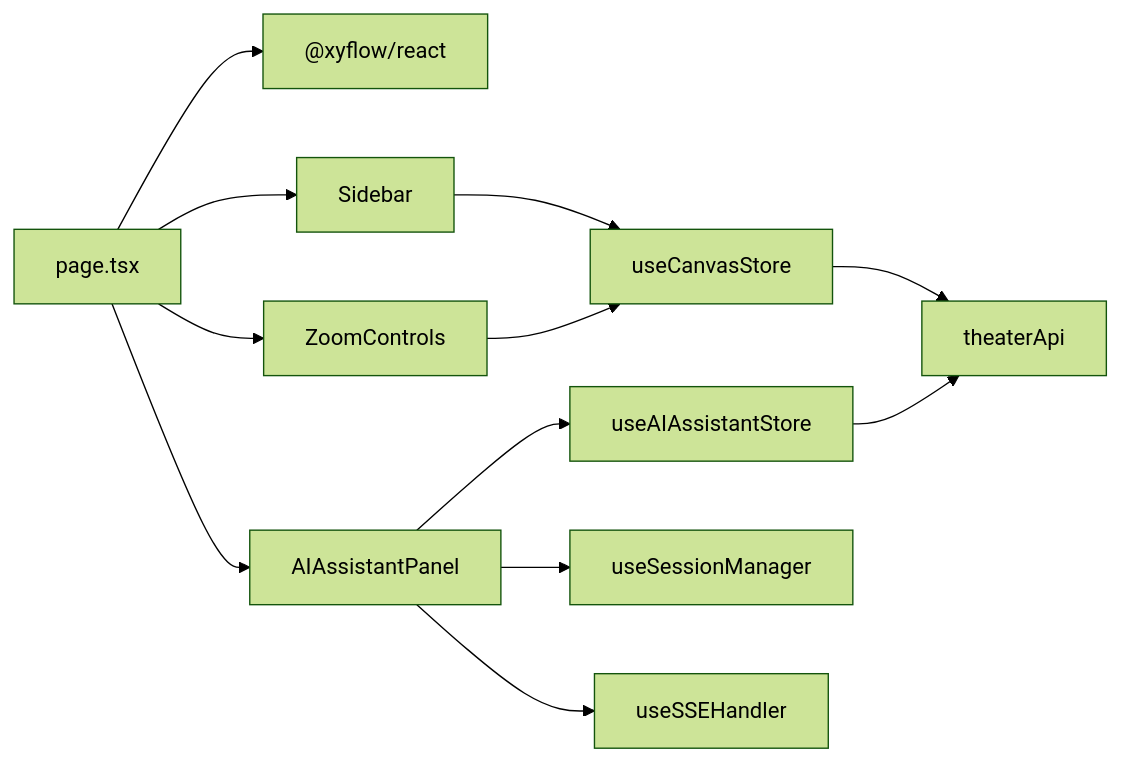
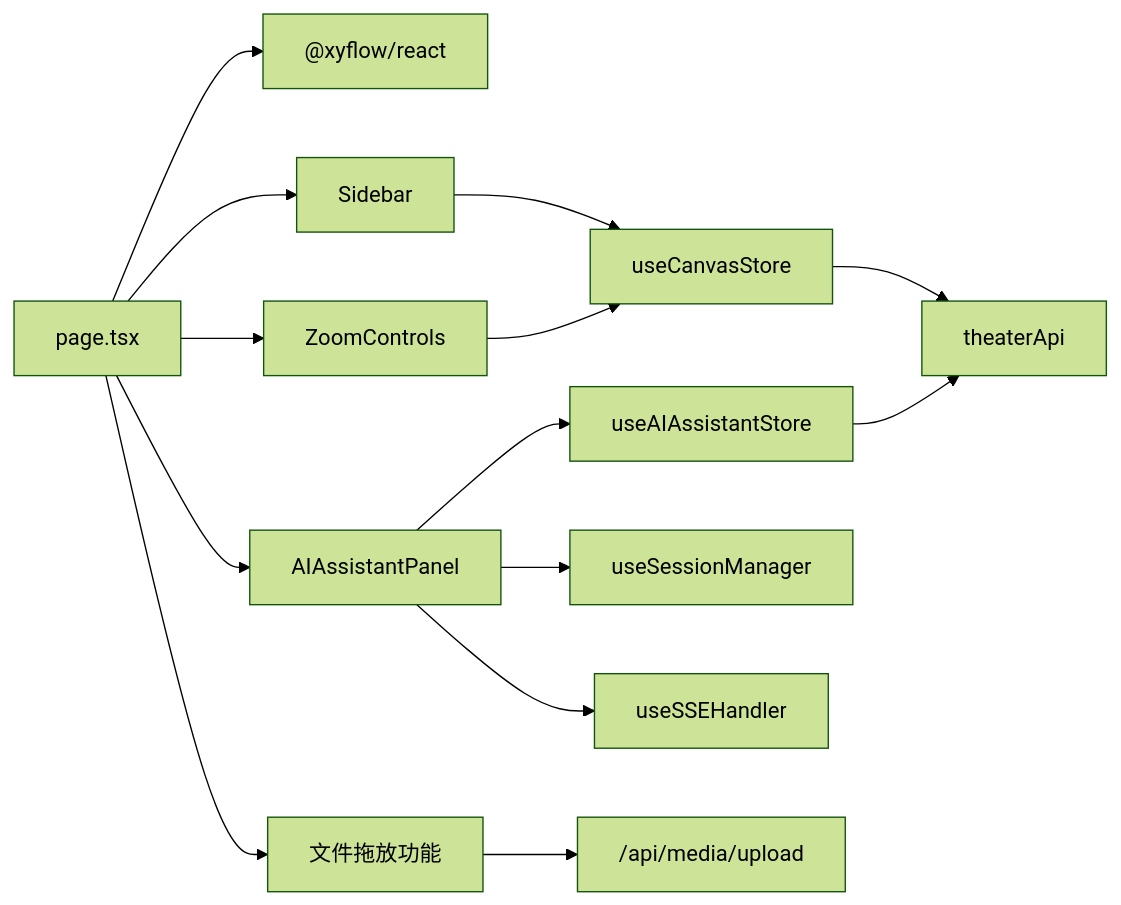
Before and after one commit to KunLabAI/KunFlix: the ninth of 9 diagrams in .qoder/repowiki/zh/content/前端应用架构/剧场画布编辑器/画布核心组件.md, drawn with Mermaid (forest theme). The commit also changed other lines of this file and 9 other files, not shown here.

````diff
--- a/.qoder/repowiki/zh/content/前端应用架构/剧场画布编辑器/画布核心组件.md
+++ b/.qoder/repowiki/zh/content/前端应用架构/剧场画布编辑器/画布核心组件.md
@@ -323,14 +372,16 @@
 ```mermaid
 graph LR
 Page["page.tsx"] --> RF["@xyflow/react"]
 Page --> Sidebar["Sidebar"]
 Page --> Zoom["ZoomControls"]
 Page --> Panel["AIAssistantPanel"]
+Page --> FileDrop["文件拖放功能"]
 Sidebar --> CanvasStore["useCanvasStore"]
 Zoom --> CanvasStore
 Panel --> AIStore["useAIAssistantStore"]
 Panel --> Session["useSessionManager"]
 Panel --> SSE["useSSEHandler"]
 CanvasStore --> API["theaterApi"]
 AIStore --> API
+FileDrop --> MediaUpload["/api/media/upload"]
 ```
````
